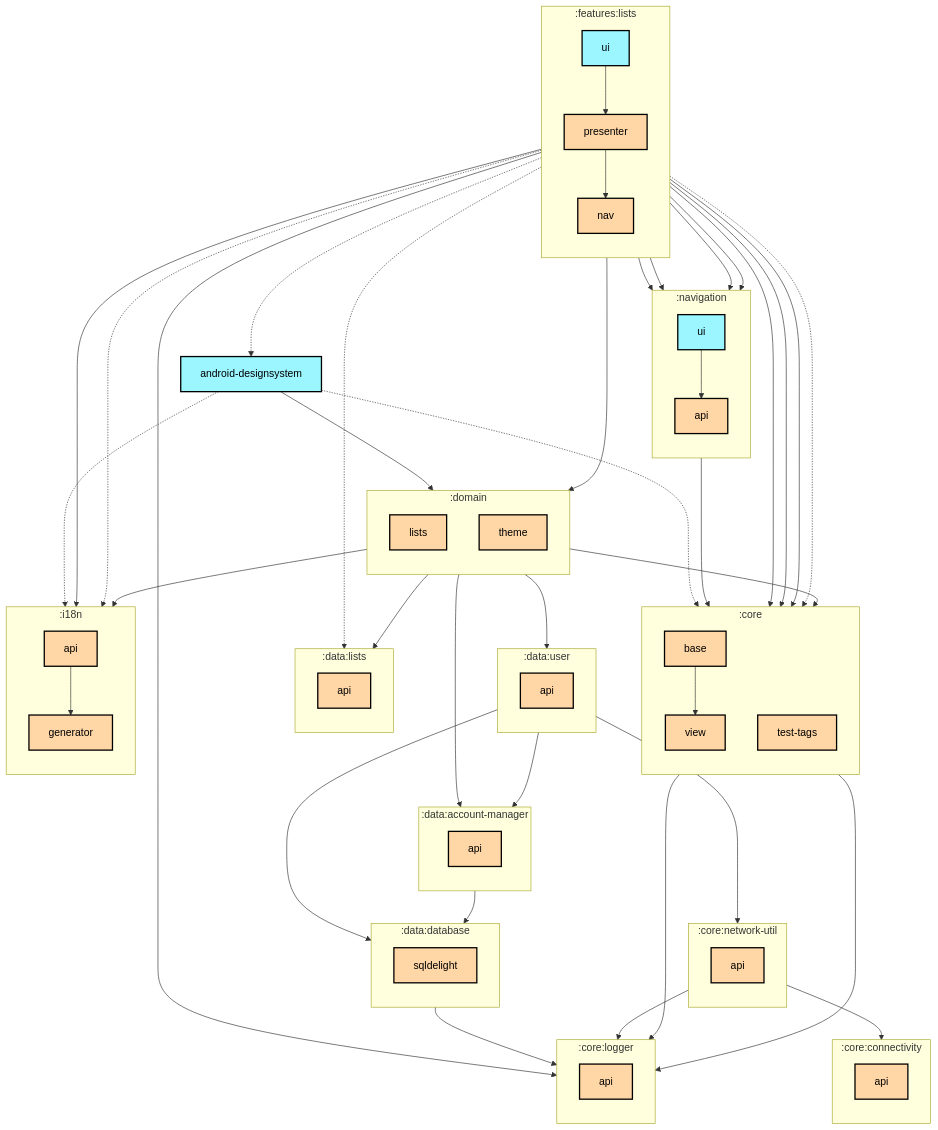
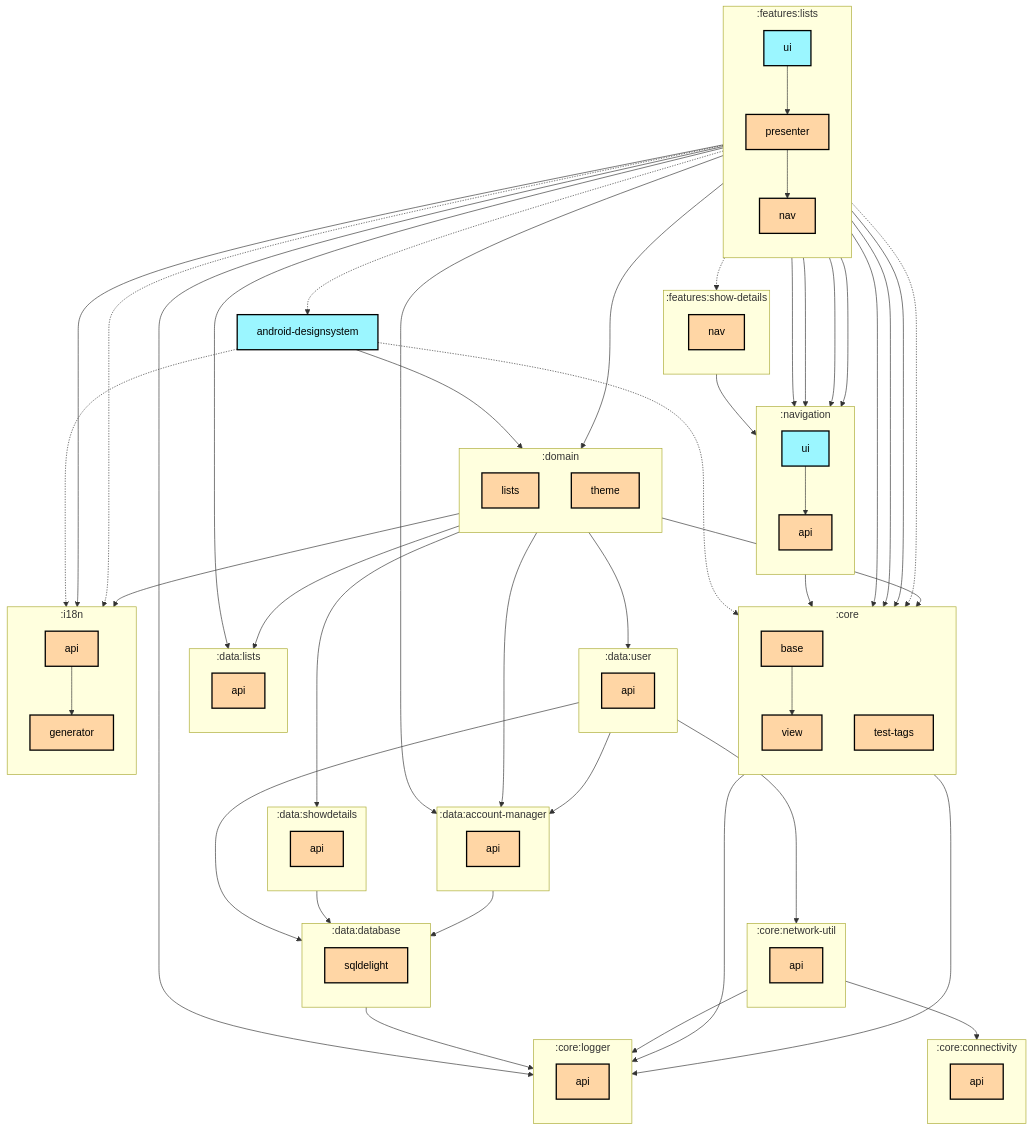
The first of 2 diagrams in features/lists/ui/README.md (thomaskioko/tv-maniac), drawn with Mermaid before and after one commit. The commit also changed 90 other files, not shown here.

```diff
--- a/features/lists/ui/README.md
+++ b/features/lists/ui/README.md
@@ -36,6 +36,10 @@
     direction TB
     :data:lists:api[api]:::multiplatform
   end
+  subgraph :data:showdetails
+    direction TB
+    :data:showdetails:api[api]:::multiplatform
+  end
   subgraph :data:user
     direction TB
     :data:user:api[api]:::multiplatform
@@ -50,6 +54,10 @@
     :features:lists:nav[nav]:::multiplatform
     :features:lists:presenter[presenter]:::multiplatform
     :features:lists:ui[ui]:::android-library
+  end
+  subgraph :features:show-details
+    direction TB
+    :features:show-details:nav[nav]:::multiplatform
   end
   subgraph :i18n
     direction TB
@@ -72,21 +80,25 @@
   :core:view --> :core:logger:api
   :data:account-manager:api --> :data:database:sqldelight
   :data:database:sqldelight --> :core:logger:api
+  :data:showdetails:api --> :data:database:sqldelight
   :data:user:api --> :core:network-util:api
   :data:user:api --> :data:account-manager:api
   :data:user:api --> :data:database:sqldelight
   :domain:lists --> :core:base
   :domain:lists --> :data:account-manager:api
   :domain:lists --> :data:lists:api
+  :domain:lists --> :data:showdetails:api
   :domain:lists --> :data:user:api
   :domain:theme --> :i18n:generator
   :features:lists:nav --> :navigation:api
   :features:lists:presenter --> :core:base
   :features:lists:presenter --> :core:logger:api
   :features:lists:presenter --> :core:view
-  :features:lists:presenter -.-> :data:lists:api
+  :features:lists:presenter --> :data:account-manager:api
+  :features:lists:presenter --> :data:lists:api
   :features:lists:presenter --> :domain:lists
   :features:lists:presenter --> :features:lists:nav
+  :features:lists:presenter -.-> :features:show-details:nav
   :features:lists:presenter --> :i18n:api
   :features:lists:presenter --> :navigation:api
   :features:lists:ui -.-> :android-designsystem
@@ -96,6 +108,7 @@
   :features:lists:ui -.-> :i18n:generator
   :features:lists:ui --> :navigation:api
   :features:lists:ui --> :navigation:ui
+  :features:show-details:nav --> :navigation:api
   :i18n:api --> :i18n:generator
   :navigation:ui --> :core:base
   :navigation:ui --> :navigation:api
```
